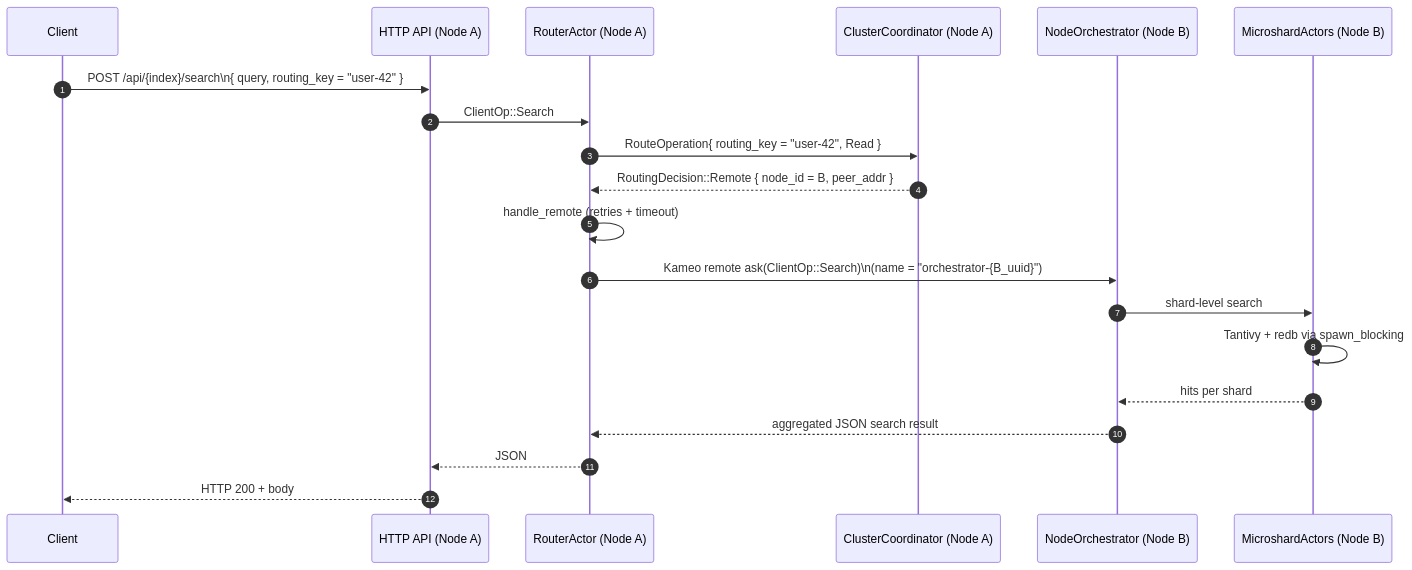
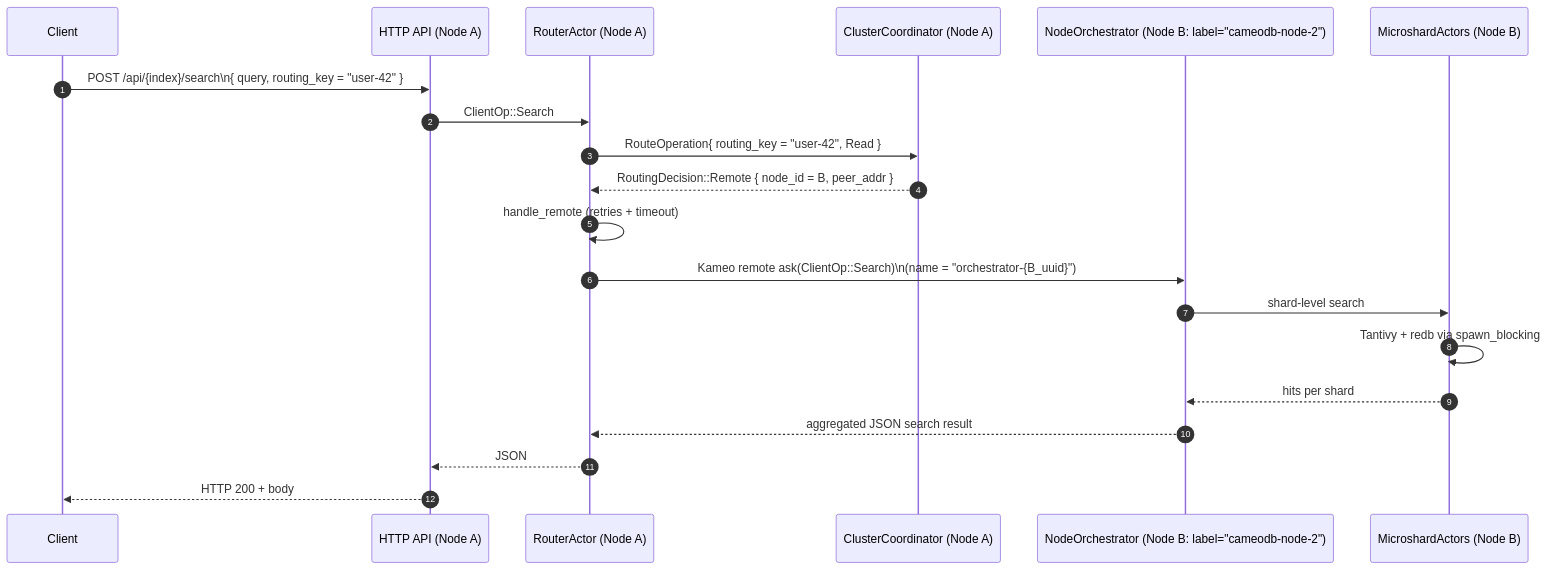
One commit to cameodb/cameodb changed the diagram in docs/README.md. Above: the diagram before and after it, drawn with Mermaid. The commit also changed other lines of this file and 26 other files, not shown here.

````diff
--- a/docs/README.md
+++ b/docs/README.md
@@ -20,24 +20,24 @@
 ```mermaid
 sequenceDiagram
     autonumber
     participant Client
     participant A_HTTP as HTTP API (Node A)
     participant A_Router as RouterActor (Node A)
     participant A_Coord as ClusterCoordinator (Node A)
-    participant B_Orch as NodeOrchestrator (Node B)
+    participant B_Orch as NodeOrchestrator (Node B: label="cameodb-node-2")
     participant B_Shards as MicroshardActors (Node B)
 
     Client->>A_HTTP: POST /api/{index}/search\n{ query, routing_key = "user-42" }
     A_HTTP->>A_Router: ClientOp::Search
     A_Router->>A_Coord: RouteOperation{ routing_key = "user-42", Read }
     A_Coord-->>A_Router: RoutingDecision::Remote { node_id = B, peer_addr }
 
     A_Router->>A_Router: handle_remote (retries + timeout)
     A_Router->>B_Orch: Kameo remote ask(ClientOp::Search)\n(name = "orchestrator-{B_uuid}")
     B_Orch->>B_Shards: shard-level search
     B_Shards->>B_Shards: Tantivy + redb via spawn_blocking
     B_Shards-->>B_Orch: hits per shard
     B_Orch-->>A_Router: aggregated JSON search result
     A_Router-->>A_HTTP: JSON
     A_HTTP-->>Client: HTTP 200 + body
 ```
````
